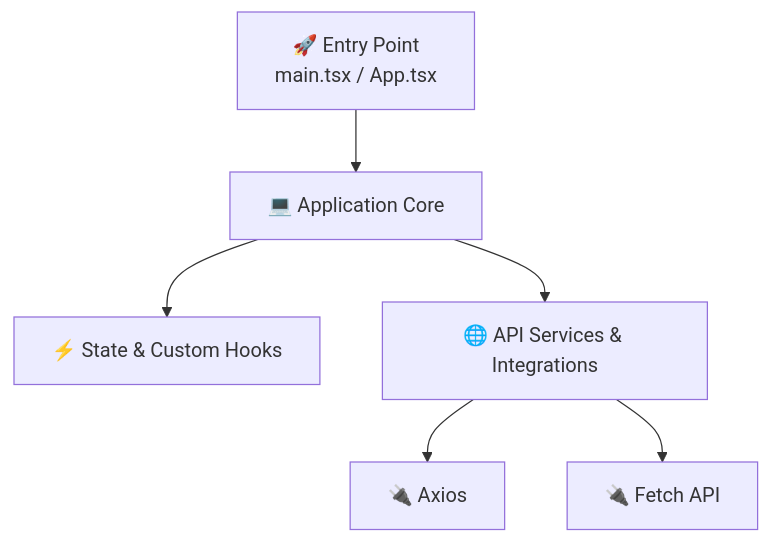
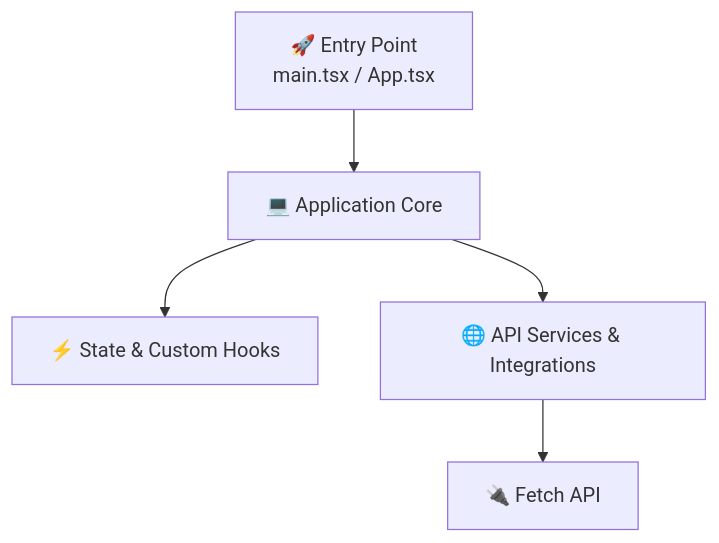
Before and after one commit to halilogia/ArchAcademy: the diagram in ARCHITECTURE_AUTO_GENERATED.md, drawn with Mermaid. The commit also changed other lines of this file and 10 other files, not shown here.

Commit message:
docs: update architecture overview

````diff
--- a/ARCHITECTURE_AUTO_GENERATED.md
+++ b/ARCHITECTURE_AUTO_GENERATED.md
@@ -34,8 +34,7 @@
 ```mermaid
 graph TD
     Entry[🚀 Entry Point<br/>main.tsx / App.tsx] --> App[💻 Application Core]
     App --> State[⚡ State & Custom Hooks]
     App --> API[🌐 API Services & Integrations]
-    API --> Axios[🔌 Axios]
     API --> Fetch_API[🔌 Fetch API]
 ```
````
